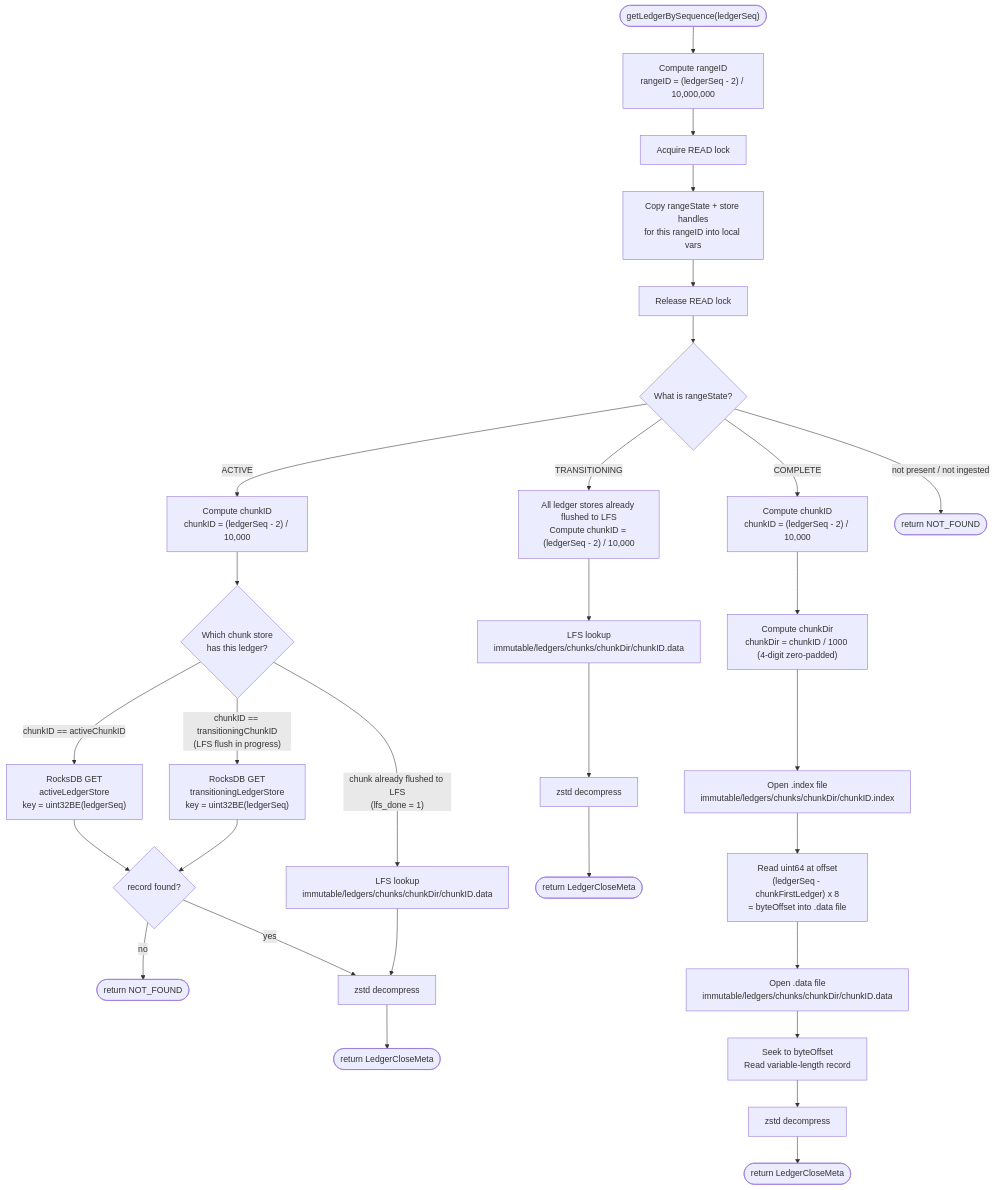
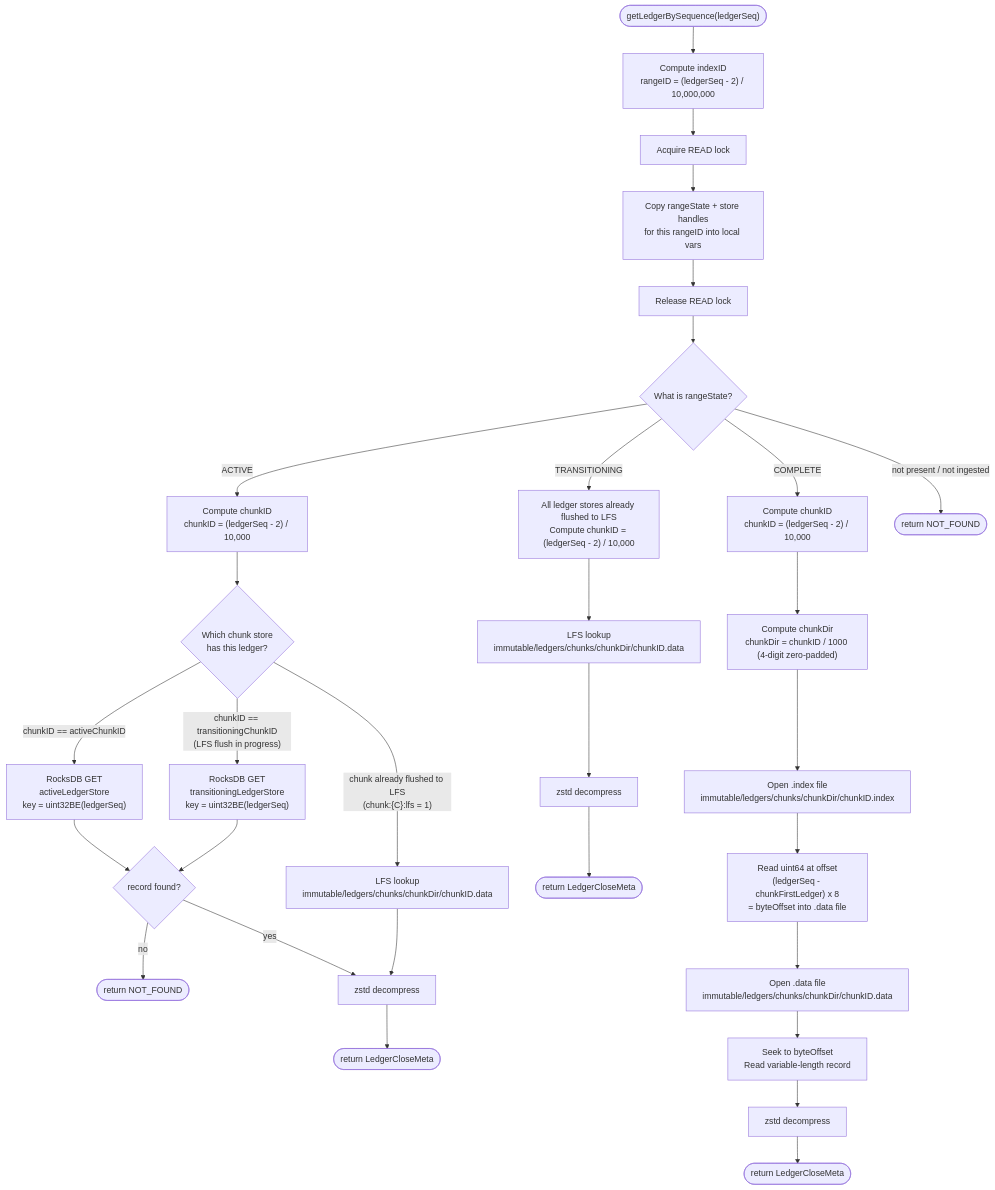
The third of 7 diagrams in full-history/design-docs/08-query-routing.md (stellar/stellar-rpc), drawn with Mermaid before and after one commit. The commit also changed other lines of this file and 17 other files, not shown here.

````diff
--- a/full-history/design-docs/08-query-routing.md
+++ b/full-history/design-docs/08-query-routing.md
@@ -513,37 +504,37 @@
 ```mermaid
 flowchart TD
     IN(["getLedgerBySequence(ledgerSeq)"])
-    IN --> RANGE["Compute rangeID<br/>rangeID = (ledgerSeq - 2) / 10,000,000"]
+    IN --> RANGE["Compute indexID<br/>rangeID = (ledgerSeq - 2) / 10,000,000"]
     RANGE --> RLOCK["Acquire READ lock"]
     RLOCK --> SNAP["Copy rangeState + store handles<br/>for this rangeID into local vars"]
     SNAP --> RUNLOCK["Release READ lock"]
     RUNLOCK --> SW{"What is rangeState?"}
 
     SW -->|"ACTIVE"| ACHK["Compute chunkID<br/>chunkID = (ledgerSeq - 2) / 10,000"]
     ACHK --> AWHICH{"Which chunk store<br/>has this ledger?"}
     AWHICH -->|"chunkID == activeChunkID"| ARDB["RocksDB GET<br/>activeLedgerStore<br/>key = uint32BE(ledgerSeq)"]
     AWHICH -->|"chunkID == transitioningChunkID<br/>(LFS flush in progress)"| TRDB["RocksDB GET<br/>transitioningLedgerStore<br/>key = uint32BE(ledgerSeq)"]
-    AWHICH -->|"chunk already flushed to LFS<br/>(lfs_done = 1)"| ALFS["LFS lookup<br/>immutable/ledgers/chunks/chunkDir/chunkID.data"]
+    AWHICH -->|"chunk already flushed to LFS<br/>(chunk:{C}:lfs = 1)"| ALFS["LFS lookup<br/>immutable/ledgers/chunks/chunkDir/chunkID.data"]
     ARDB --> FOUND1{"record found?"}
     TRDB --> FOUND1
     FOUND1 -->|no| NF1(["return NOT_FOUND"])
     FOUND1 -->|yes| DEC1["zstd decompress"]
     DEC1 --> RET1(["return LedgerCloseMeta"])
     ALFS --> DEC1
 
     SW -->|"TRANSITIONING"| TLFS["All ledger stores already flushed to LFS<br/>Compute chunkID = (ledgerSeq - 2) / 10,000"]
     TLFS --> CID2["LFS lookup<br/>immutable/ledgers/chunks/chunkDir/chunkID.data"]
     CID2 --> DEC2["zstd decompress"]
     DEC2 --> RET2(["return LedgerCloseMeta"])
 
     SW -->|"COMPLETE"| CID["Compute chunkID<br/>chunkID = (ledgerSeq - 2) / 10,000"]
     CID --> CDIR["Compute chunkDir<br/>chunkDir = chunkID / 1000 (4-digit zero-padded)"]
     CDIR --> IDX["Open .index file<br/>immutable/ledgers/chunks/chunkDir/chunkID.index"]
     IDX --> OFF["Read uint64 at offset<br/>(ledgerSeq - chunkFirstLedger) x 8<br/>= byteOffset into .data file"]
     OFF --> DAT["Open .data file<br/>immutable/ledgers/chunks/chunkDir/chunkID.data"]
     DAT --> SEEK["Seek to byteOffset<br/>Read variable-length record"]
     SEEK --> DEC3["zstd decompress"]
     DEC3 --> RET3(["return LedgerCloseMeta"])
 
     SW -->|"not present / not ingested"| NF2(["return NOT_FOUND"])
 ```
````
